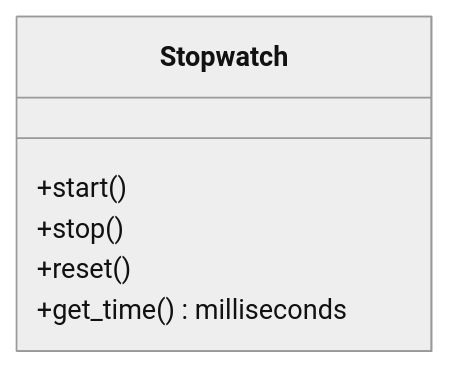
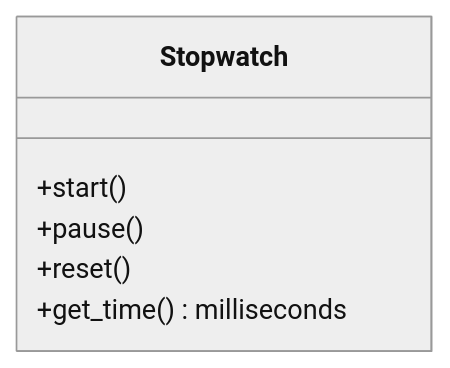
Before and after one commit to ArchieAtkinson/Notus: the third of 3 diagrams in docs/design.md, drawn with Mermaid (neutral theme). The commit also changed 1 other file, not shown here.

Commit message:
small updates

````diff
--- a/docs/design.md
+++ b/docs/design.md
@@ -47,7 +47,7 @@
 ```mermaid
 classDiagram
     Stopwatch: +start()
-    Stopwatch: +stop()
+    Stopwatch: +pause()
     Stopwatch: +reset()
     Stopwatch: +get_time() milliseconds
 ```
````
